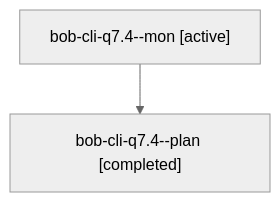
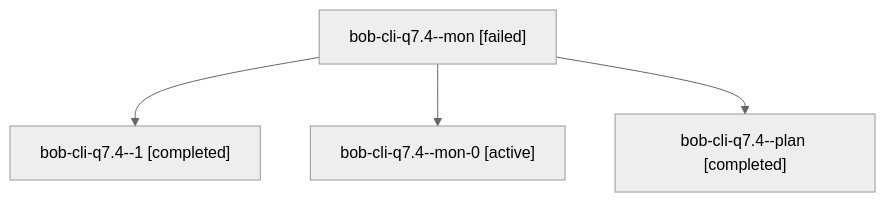
One commit to bobs-org/bob-cli--agents changed the diagram in sessions/bbugyi200.athena.bob-cli-q7.4.md. Above: the diagram before and after it, drawn with Mermaid (neutral theme). The commit also changed other lines of this file and 32 other files, not shown here.

````diff
--- a/sessions/bbugyi200.athena.bob-cli-q7.4.md
+++ b/sessions/bbugyi200.athena.bob-cli-q7.4.md
@@ -9,6 +9,10 @@
 ```mermaid
 flowchart TD
-  n0["bob-cli-q7.4--mon [active]"]
-  n1["bob-cli-q7.4--plan [completed]"]
+  n0["bob-cli-q7.4--mon [failed]"]
+  n1["bob-cli-q7.4--1 [completed]"]
   n0 --> n1
+  n2["bob-cli-q7.4--mon-0 [active]"]
+  n0 --> n2
+  n3["bob-cli-q7.4--plan [completed]"]
+  n0 --> n3
 ```
````
